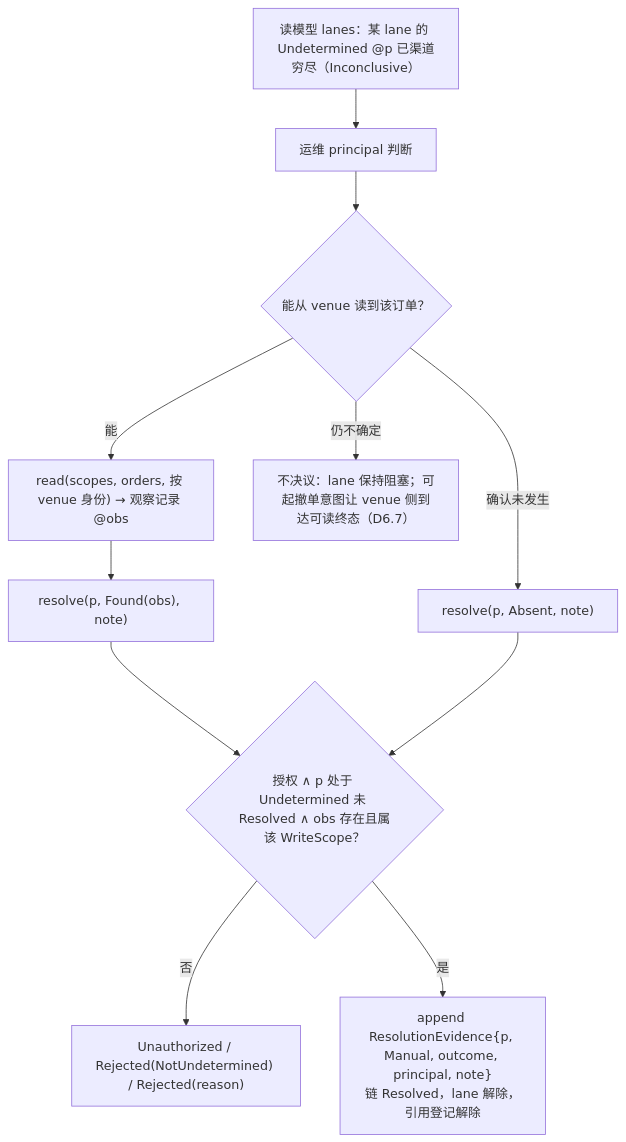
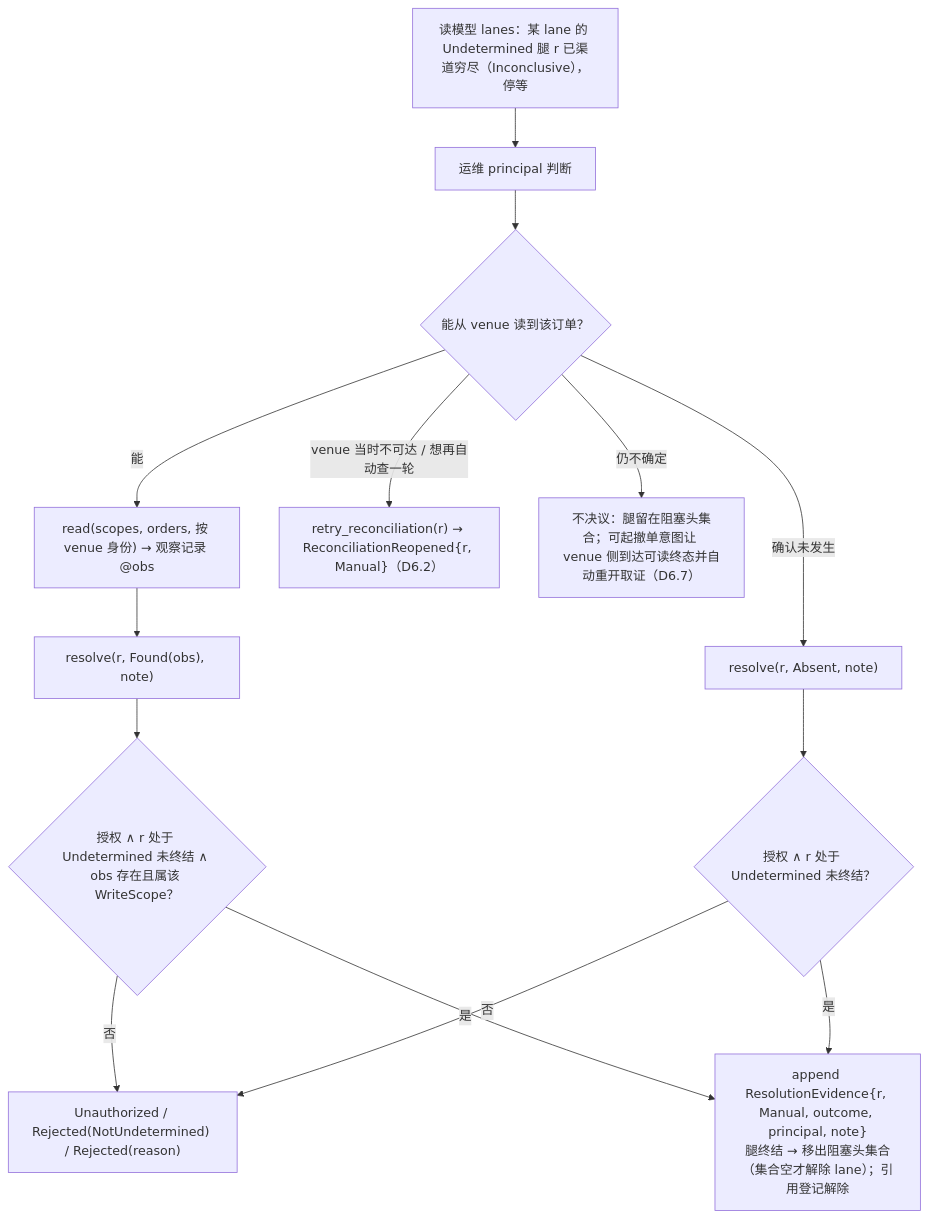
One commit to mouriya-s-lab/uta changed the third of 4 diagrams in design/diagrams/09-alice-session.md. Above: the diagram before and after it, drawn with Mermaid. The commit also changed other lines of this file and 9 other files, not shown here.

Commit message:
设计：并入 astra 复核——腿身份 AttemptRef、回执/证据字节归执行事实、EffectResponse 完成事实、AwaitingTargetTerminal 有界出口、ReconciliationReopened 重开取证、取证记录矩阵（Unavailable 不算取证）、lane 集合语义贯通、恢复先判 Resolved、alignment 读当前流末 + checked_as_of、一版一决 Conflict(AlreadyDecided)、Lag/完备位置切面、唯一边=类型依赖与语义消费、XA 类比改设计标签；图 D1–D9 同步

````diff
--- a/design/diagrams/09-alice-session.md
+++ b/design/diagrams/09-alice-session.md
@@ -85,14 +85,17 @@
 ```mermaid
 flowchart TB
-  L["读模型 lanes：某 lane 的 Undetermined @p 已渠道穷尽（Inconclusive）"]
+  L["读模型 lanes：某 lane 的 Undetermined 腿 r 已渠道穷尽（Inconclusive），停等"]
   L --> OP["运维 principal 判断"]
   OP --> R1{"能从 venue 读到该订单？"}
   R1 -->|"能"| RD["read(scopes, orders, 按 venue 身份) → 观察记录 @obs"]
-  RD --> RS1["resolve(p, Found(obs), note)"]
-  R1 -->|"确认未发生"| RS2["resolve(p, Absent, note)"]
-  R1 -->|"仍不确定"| KEEP["不决议：lane 保持阻塞；可起撤单意图让 venue 侧到达可读终态（D6.7）"]
-  RS1 --> CHK{"授权 ∧ p 处于 Undetermined 未 Resolved ∧ obs 存在且属该 WriteScope？"}
-  RS2 --> CHK
-  CHK -->|"否"| RJ["Unauthorized / Rejected(NotUndetermined) / Rejected(reason)"]
-  CHK -->|"是"| EV["append ResolutionEvidence{p, Manual, outcome, principal, note}<br/>链 Resolved，lane 解除，引用登记解除"]
+  RD --> RS1["resolve(r, Found(obs), note)"]
+  R1 -->|"确认未发生"| RS2["resolve(r, Absent, note)"]
+  R1 -->|"venue 当时不可达 / 想再自动查一轮"| RT["retry_reconciliation(r) → ReconciliationReopened{r, Manual}（D6.2）"]
+  R1 -->|"仍不确定"| KEEP["不决议：腿留在阻塞头集合；可起撤单意图让 venue 侧到达可读终态并自动重开取证（D6.7）"]
+  RS1 --> CHK1{"授权 ∧ r 处于 Undetermined 未终结 ∧ obs 存在且属该 WriteScope？"}
+  RS2 --> CHK2{"授权 ∧ r 处于 Undetermined 未终结？"}
+  CHK1 -->|"否"| RJ["Unauthorized / Rejected(NotUndetermined) / Rejected(reason)"]
+  CHK2 -->|"否"| RJ
+  CHK1 -->|"是"| EV["append ResolutionEvidence{r, Manual, outcome, principal, note}<br/>腿终结 → 移出阻塞头集合（集合空才解除 lane）；引用登记解除"]
+  CHK2 -->|"是"| EV
 ```
````
